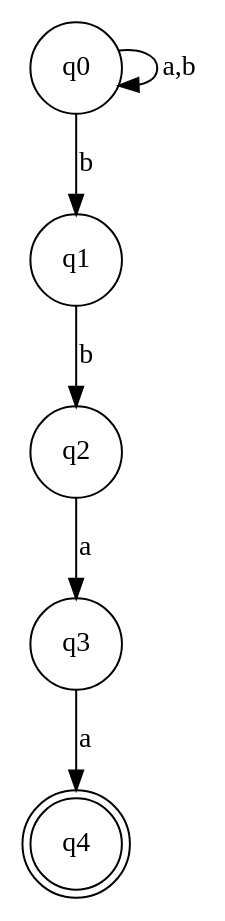
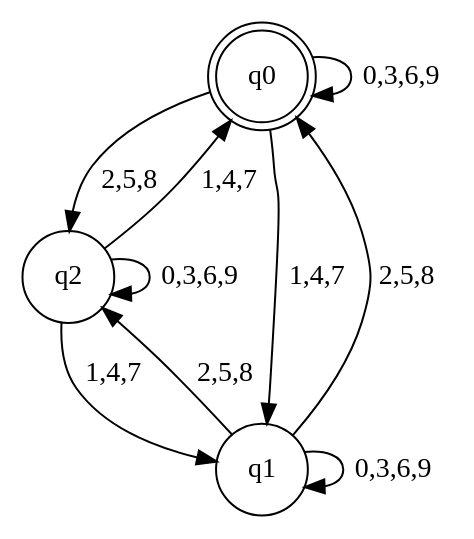
One commit to realpvblo/Projekt-Automaty changed the diagram in Digraph.gv. Above: the diagram before and after it, drawn with Graphviz. The commit also changed 1 other file, not shown here.

```diff
--- a/Digraph.gv
+++ b/Digraph.gv
@@ -1,13 +1,15 @@
 // projekt
 digraph {
-	db0 [label=q0 shape=circle]
-	db1 [label=q1 shape=circle]
-	db2 [label=q2 shape=circle]
-	db3 [label=q3 shape=circle]
-	db4 [label=q4 shape=doublecircle]
-	db0 -> db1 [label=b]
-	db1 -> db2 [label=b]
-	db2 -> db3 [label=a]
-	db3 -> db4 [label=a]
-	db0 -> db0 [label="a,b"]
+	q0 [label=q0 shape=doublecircle]
+	q2 [label=q2 shape=circle]
+	q1 [label=q1 shape=circle]
+	q0 -> q1 [label="1,4,7"]
+	q1 -> q0 [label="2,5,8"]
+	q0 -> q2 [label="2,5,8"]
+	q2 -> q0 [label="1,4,7"]
+	q1 -> q2 [label="2,5,8"]
+	q2 -> q1 [label="1,4,7"]
+	q0 -> q0 [label="0,3,6,9"]
+	q1 -> q1 [label="0,3,6,9"]
+	q2 -> q2 [label="0,3,6,9"]
 }
```
